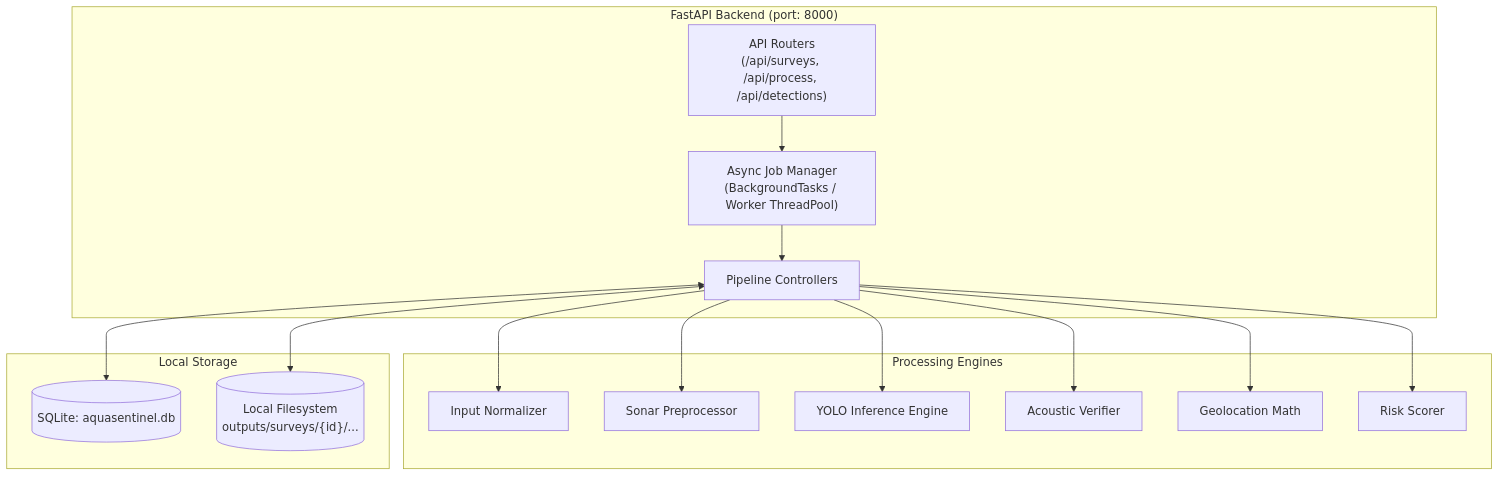
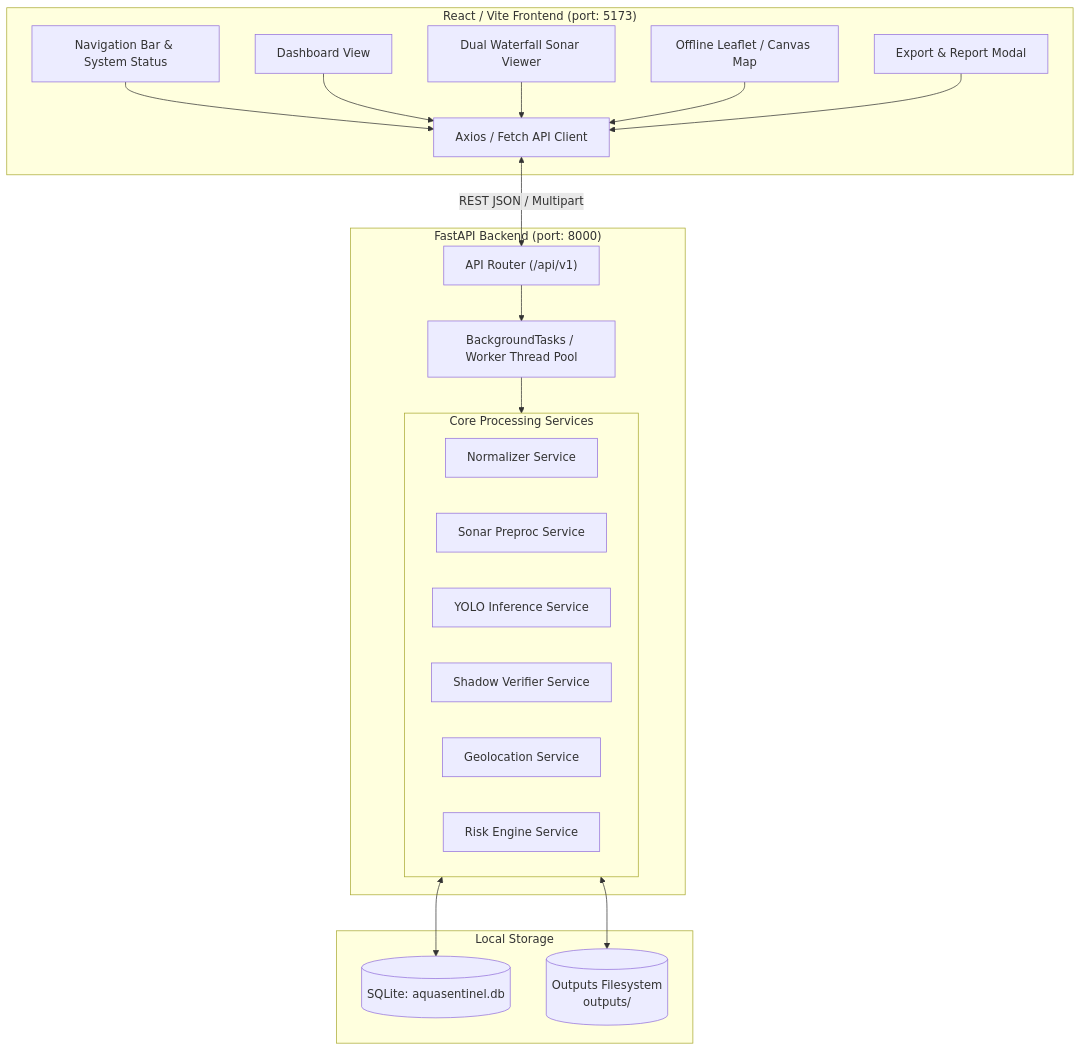
One commit to RaghavKacker/Aqua-Sentinel changed diagram 11 of 11 in PROJECT_SPECIFICATION.md. Above: the diagram before and after it, drawn with Mermaid. The commit also changed other lines of this file, not shown here.

````diff
--- a/PROJECT_SPECIFICATION.md
+++ b/PROJECT_SPECIFICATION.md
@@ -773,30 +707,38 @@
 ```mermaid
 graph TD
-    subgraph FastAPI_Application ["FastAPI Backend (port: 8000)"]
-        ROUTERS["API Routers<br/>(/api/surveys, /api/process, /api/detections)"]
-        JOB_MGR["Async Job Manager<br/>(BackgroundTasks / Worker ThreadPool)"]
-        CONTROLLERS["Pipeline Controllers"]
+    subgraph Frontend ["React / Vite Frontend (port: 5173)"]
+        NAV["Navigation Bar & System Status"]
+        DASH_V["Dashboard View"]
+        VIEWER_V["Dual Waterfall Sonar Viewer"]
+        MAP_V["Offline Leaflet / Canvas Map"]
+        EXPORT_V["Export & Report Modal"]
+        API_CLIENT["Axios / Fetch API Client"]
         
-        ROUTERS --> JOB_MGR
-        JOB_MGR --> CONTROLLERS
+        NAV & DASH_V & VIEWER_V & MAP_V & EXPORT_V --> API_CLIENT
     end
 
-    subgraph Core_Engines ["Processing Engines"]
-        NORM_ENG["Input Normalizer"]
-        PRE_ENG["Sonar Preprocessor"]
-        AI_ENG["YOLO Inference Engine"]
-        VERIF_ENG["Acoustic Verifier"]
-        GEO_ENG["Geolocation Math"]
-        RISK_ENG["Risk Scorer"]
+    subgraph Backend ["FastAPI Backend (port: 8000)"]
+        ROUTER["API Router (/api/v1)"]
+        JOB_Q["BackgroundTasks / Worker Thread Pool"]
         
-        CONTROLLERS --> NORM_ENG & PRE_ENG & AI_ENG & VERIF_ENG & GEO_ENG & RISK_ENG
+        subgraph Services ["Core Processing Services"]
+            S_NORM["Normalizer Service"]
+            S_PRE["Sonar Preproc Service"]
+            S_AI["YOLO Inference Service"]
+            S_VERIF["Shadow Verifier Service"]
+            S_GEO["Geolocation Service"]
+            S_RISK["Risk Engine Service"]
+        end
+        
+        ROUTER --> JOB_Q
+        JOB_Q --> Services
     end
 
-    subgraph Local_Storage ["Local Storage"]
+    subgraph Storage ["Local Storage"]
         SQL[(SQLite: aquasentinel.db)]
-        FS[("Local Filesystem<br/>outputs/surveys/{id}/...")]
-        
-        CONTROLLERS <--> SQL
-        CONTROLLERS <--> FS
+        FS[("Outputs Filesystem<br/>outputs/")]
     end
+
+    API_CLIENT <-->|REST JSON / Multipart| ROUTER
+    Services <--> SQL & FS
 ```
````
